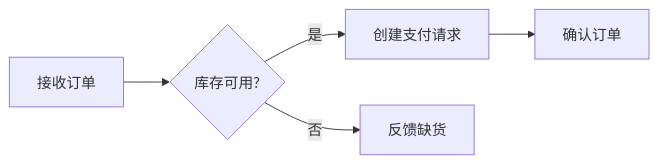
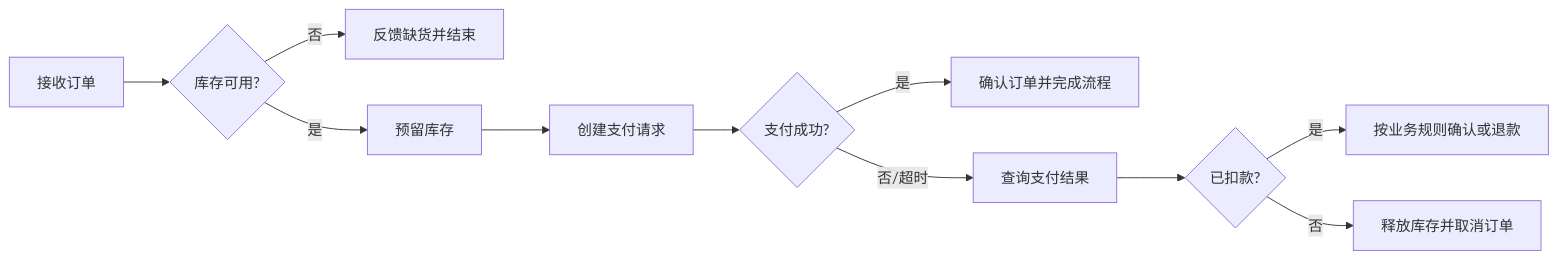
The diagram in 06_架构设计理论与实践/04_面向服务架构_SOA/建立业务流程：怎样把活动、决策和异常变成可执行模型.md (74262195/system-architect-notes), drawn with Mermaid before and after one commit. The commit also changed other lines of this file and 4 other files, not shown here.

````diff
--- a/06_架构设计理论与实践/04_面向服务架构_SOA/建立业务流程：怎样把活动、决策和异常变成可执行模型.md
+++ b/06_架构设计理论与实践/04_面向服务架构_SOA/建立业务流程：怎样把活动、决策和异常变成可执行模型.md
@@ -27,7 +27,13 @@
 ```mermaid
 flowchart LR
     A[接收订单] --> B{库存可用?}
-    B -- 是 --> C[创建支付请求]
-    B -- 否 --> D[反馈缺货]
-    C --> E[确认订单]
+    B -- 否 --> C[反馈缺货并结束]
+    B -- 是 --> D[预留库存]
+    D --> E[创建支付请求]
+    E --> F{支付成功?}
+    F -- 是 --> G[确认订单并完成流程]
+    F -- 否/超时 --> H[查询支付结果]
+    H --> I{已扣款?}
+    I -- 是 --> J[按业务规则确认或退款]
+    I -- 否 --> K[释放库存并取消订单]
 ```
````
